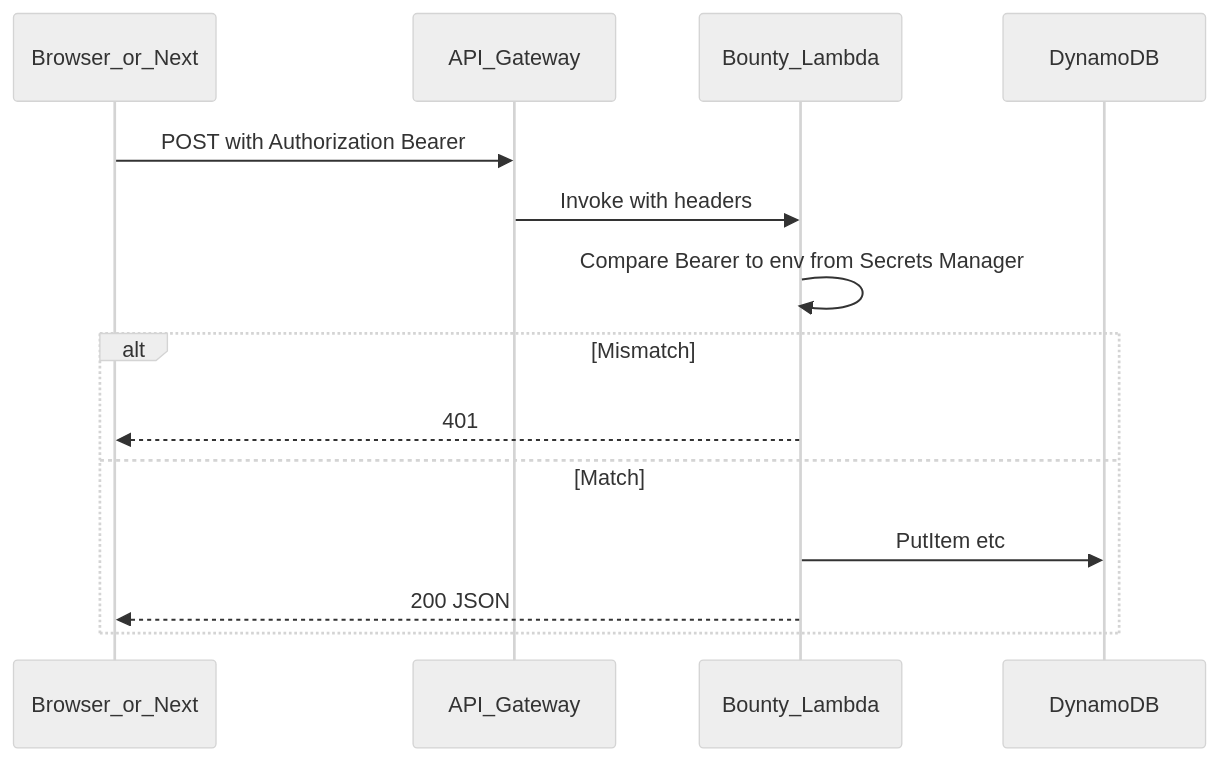
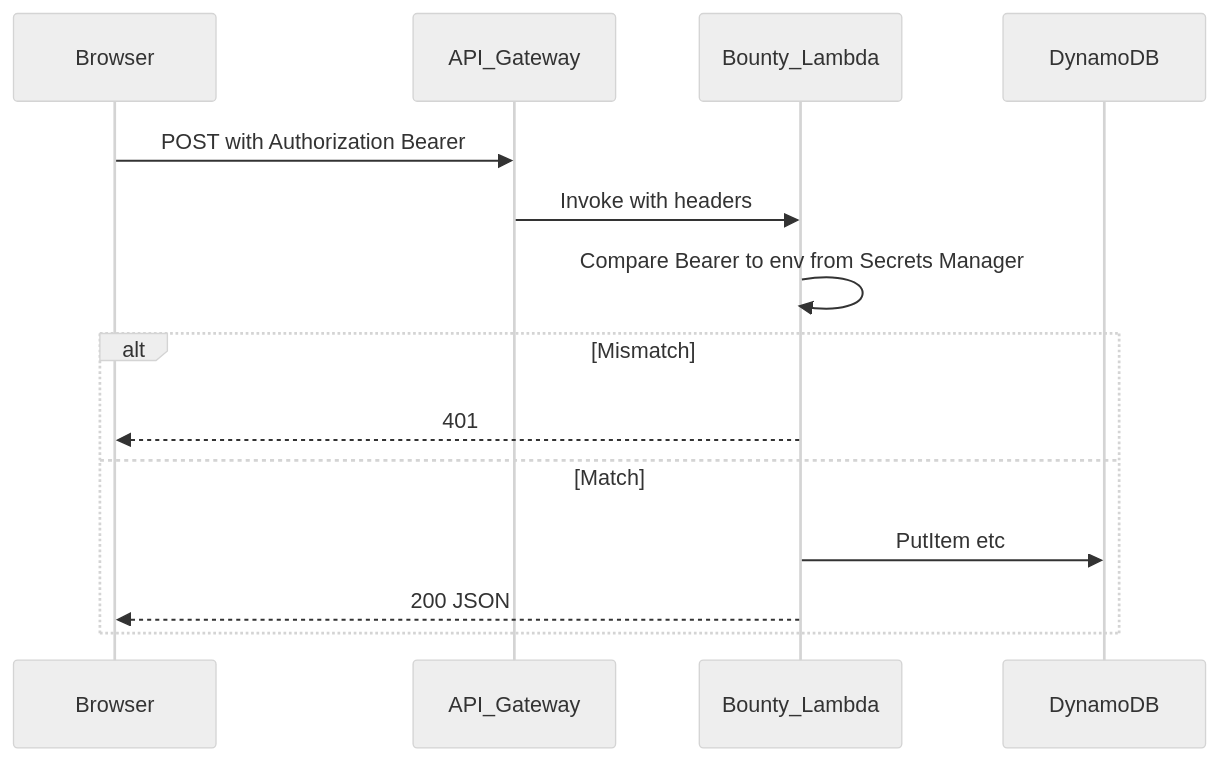
One commit to agkappler/Recipes changed the second of 2 diagrams in lambda_dynamodb_migration.plan.md. Above: the diagram before and after it, drawn with Mermaid (neutral theme). The commit also changed other lines of this file and 21 other files, not shown here.

````diff
--- a/lambda_dynamodb_migration.plan.md
+++ b/lambda_dynamodb_migration.plan.md
@@ -370,16 +372,16 @@
 ```mermaid
 sequenceDiagram
-  participant Browser as Browser_or_Next
+  participant Browser as Browser
   participant APIGW as API_Gateway
   participant Lambda as Bounty_Lambda
   participant DDB as DynamoDB
   Browser->>APIGW: POST with Authorization Bearer
   APIGW->>Lambda: Invoke with headers
   Lambda->>Lambda: Compare Bearer to env from Secrets Manager
   alt Mismatch
     Lambda-->>Browser: 401
   else Match
     Lambda->>DDB: PutItem etc
     Lambda-->>Browser: 200 JSON
   end
 ```
````
